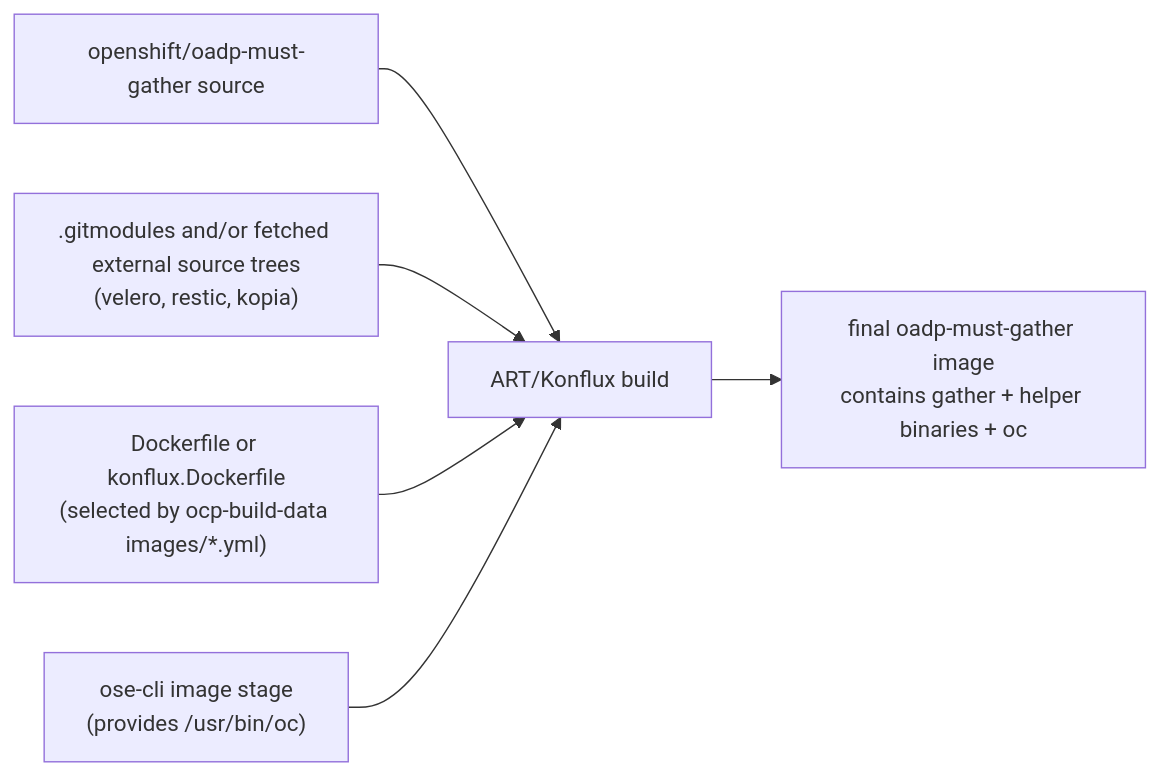
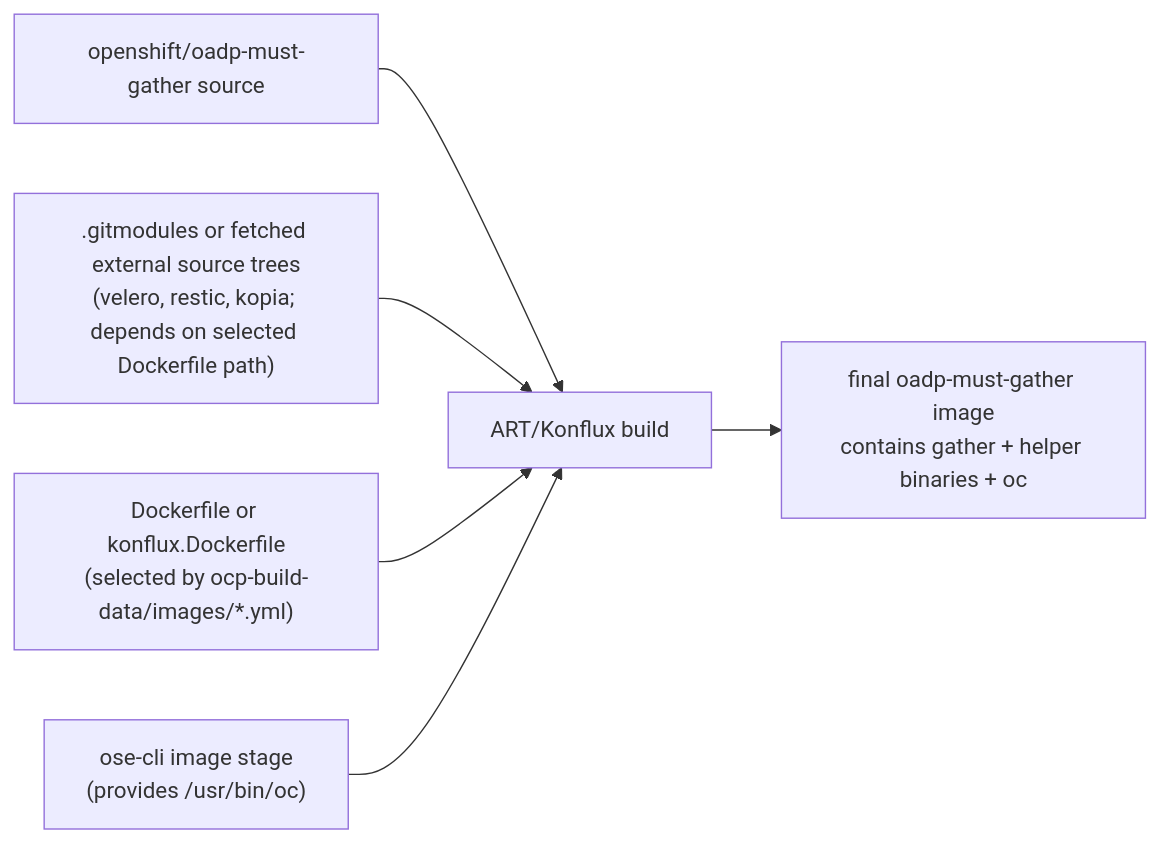
The fourth of 5 diagrams in tools/release-sources/diagram.md (oadp-rebasebot/oadp-rebase), drawn with Mermaid before and after one commit.

Commit message:
docs(release-sources): refine must-gather wording and paths
Agent-Logs-Url: https://github.com/oadp-rebasebot/oadp-rebase/sessions/1bc9c53c-da5b-4a23-8197-979d41bbf598

````diff
--- a/tools/release-sources/diagram.md
+++ b/tools/release-sources/diagram.md
@@ -86,15 +86,15 @@
 ```mermaid
 flowchart LR
     A["openshift/oadp-must-gather source"]
-    B[".gitmodules and/or fetched external source trees<br/>(velero, restic, kopia)"]
-    C["Dockerfile or konflux.Dockerfile<br/>(selected by ocp-build-data images/*.yml)"]
+    B[".gitmodules or fetched external source trees<br/>(velero, restic, kopia; depends on selected Dockerfile path)"]
+    C["Dockerfile or konflux.Dockerfile<br/>(selected by ocp-build-data/images/*.yml)"]
     D["ose-cli image stage<br/>(provides /usr/bin/oc)"]
     E["ART/Konflux build"]
     F["final oadp-must-gather image<br/>contains gather + helper binaries + oc"]
 
     A --> E
     B --> E
     C --> E
     D --> E
     E --> F
 ```
````
